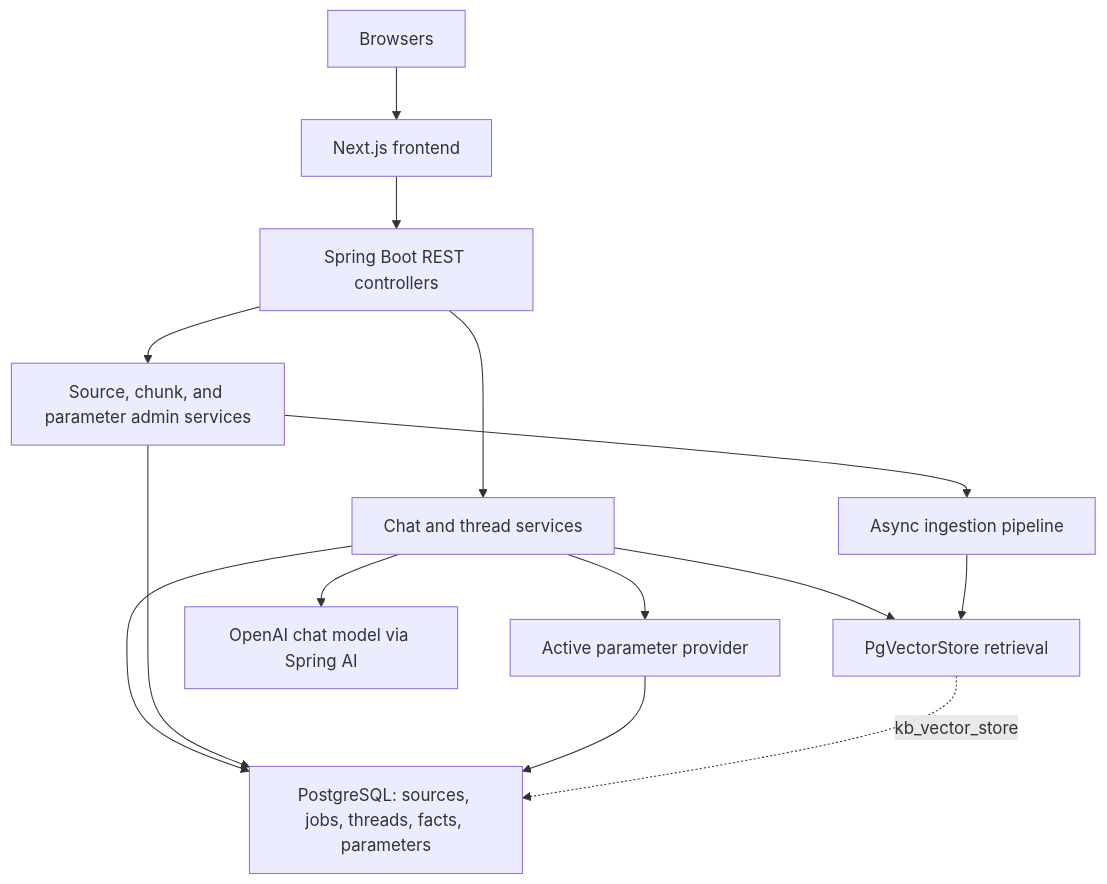
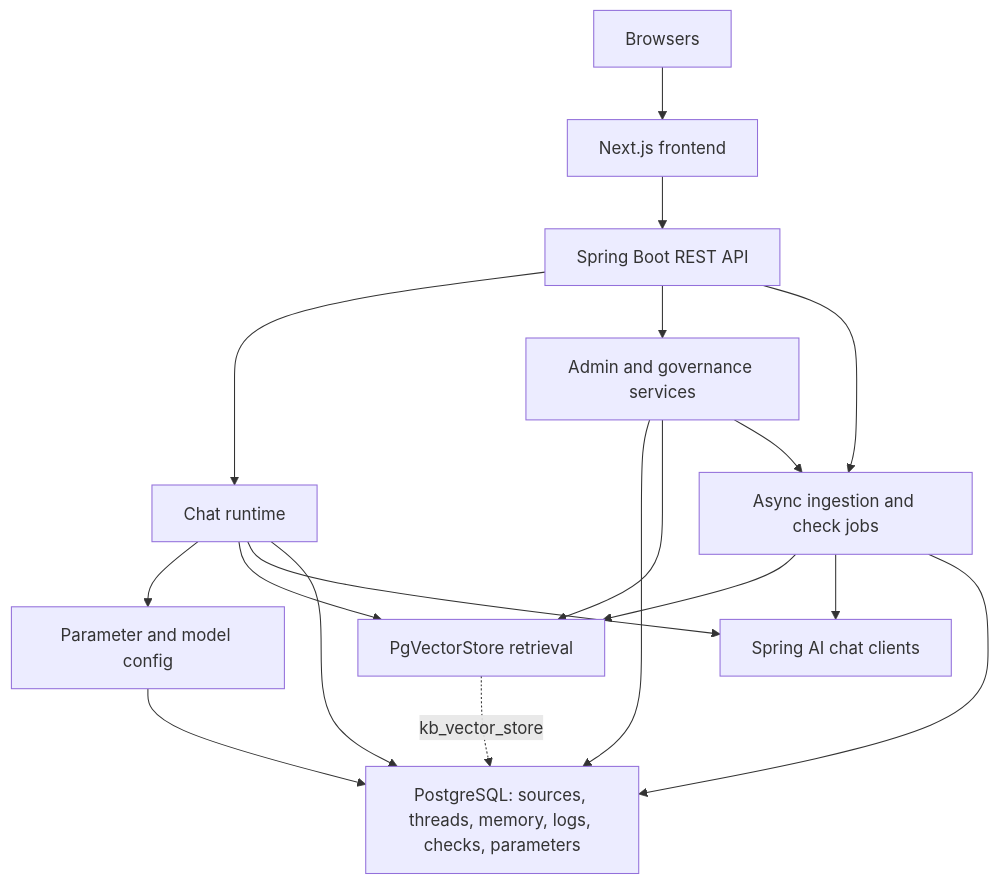
The diagram in docs/ARCHITECTURE.md (kl3inIT/traffic-law-chatbot), drawn with Mermaid before and after one commit. The commit also changed other lines of this file and 18 other files, not shown here.

````diff
--- a/docs/ARCHITECTURE.md
+++ b/docs/ARCHITECTURE.md
@@ -10,16 +10,20 @@
 ```mermaid
 graph TD
     Browsers[Browsers] --> Frontend[Next.js frontend]
-    Frontend --> Api[Spring Boot REST controllers]
-    Api --> Chat[Chat and thread services]
-    Api --> Admin[Source, chunk, and parameter admin services]
-    Chat --> Params[Active parameter provider]
+    Frontend --> Api[Spring Boot REST API]
+    Api --> Chat[Chat runtime]
+    Api --> Admin[Admin and governance services]
+    Api --> Jobs[Async ingestion and check jobs]
+    Chat --> Params[Parameter and model config]
     Chat --> Vector[PgVectorStore retrieval]
-    Chat --> LLM[OpenAI chat model via Spring AI]
-    Chat --> Postgres[PostgreSQL: sources, jobs, threads, facts, parameters]
-    Admin --> Pipeline[Async ingestion pipeline]
+    Chat --> LLM[Spring AI chat clients]
+    Chat --> Postgres[PostgreSQL: sources, threads, memory, logs, checks, parameters]
     Admin --> Postgres
-    Pipeline --> Vector
+    Admin --> Vector
+    Admin --> Jobs
+    Jobs --> Vector
+    Jobs --> LLM
+    Jobs --> Postgres
     Params --> Postgres
     Vector -. kb_vector_store .-> Postgres
 ```
````
